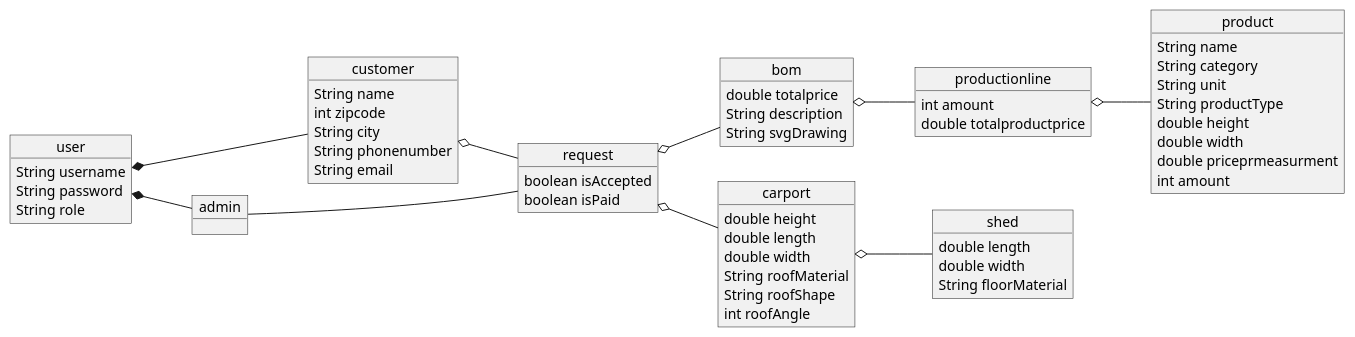
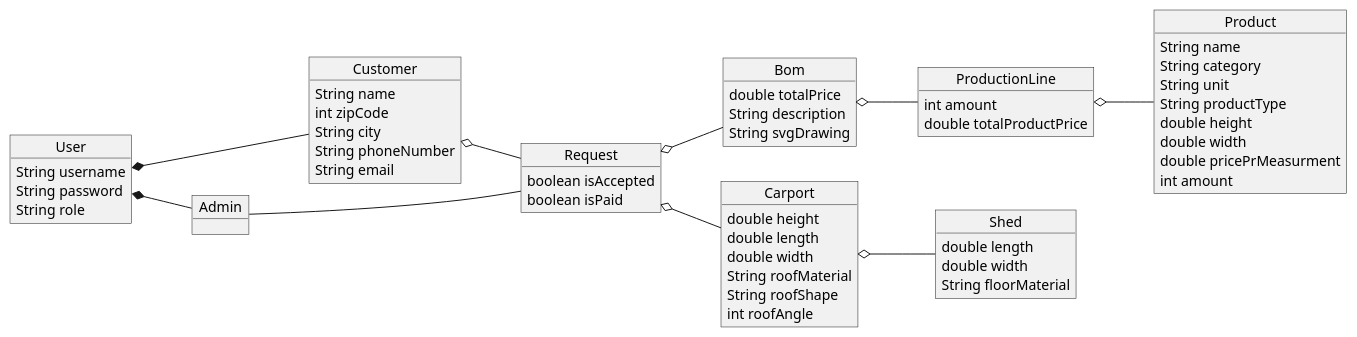
One commit to Sofiadoingcode/ProjektSemester changed the diagram in STARTCODEVERS1/src/main/resources/Domain.puml. Above: the diagram before and after it, drawn with PlantUML.

Commit message:
Refactor

```diff
--- a/STARTCODEVERS1/src/main/resources/Domain.puml
+++ b/STARTCODEVERS1/src/main/resources/Domain.puml
@@ -1,68 +1,68 @@
 @startuml
 'https://plantuml.com/class-diagram
 left to right direction
 
-object customer
-object admin
-object user
-object bom
-object product
-object request
-object carport
-object shed
-object productionline
+object Customer
+object Admin
+object User
+object Bom
+object Product
+object Request
+object Carport
+object Shed
+object ProductionLine
 
-user : String username
-user : String password
-user : String role
+User : String username
+User : String password
+User : String role
 
-customer : String name
-customer : int zipcode
-customer : String city
-customer : String phonenumber
-customer : String email
+Customer : String name
+Customer : int zipCode
+Customer : String city
+Customer : String phoneNumber
+Customer : String email
 
-request : boolean isAccepted
-request : boolean isPaid
+Request : boolean isAccepted
+Request : boolean isPaid
 
-carport : double height
-carport : double length
-carport : double width
-carport : String roofMaterial
-carport : String roofShape
-carport : int roofAngle
+Carport : double height
+Carport : double length
+Carport : double width
+Carport : String roofMaterial
+Carport : String roofShape
+Carport : int roofAngle
 
-shed : double length
-shed : double width
-shed : String floorMaterial
+Shed : double length
+Shed : double width
+Shed : String floorMaterial
 
-bom : double totalprice
-bom : String description
-bom : String svgDrawing
+Bom : double totalPrice
+Bom : String description
+Bom : String svgDrawing
 
-productionline : int amount
-productionline : double totalproductprice
+ProductionLine : int amount
+ProductionLine : double totalProductPrice
 
 
 
-product : String name
-product : String category
-product : String unit
-product : String productType
-product : double height
-product : double width
-product : double priceprmeasurment
-product : int amount
+Product : String name
+Product : String category
+Product : String unit
+Product : String productType
+Product : double height
+Product : double width
+Product : double pricePrMeasurment
+Product : int amount
 
 
-carport o-- shed
-user *-- admin
-user *-- customer
-request o-- bom
-bom o-- productionline
-productionline o-- product
-customer o-- request
-admin --- request
-request o-- carport
+Carport o-- Shed
+User *-- Admin
+User *-- Customer
+Request o-- Bom
+Bom o-- ProductionLine
+ProductionLine o-- Product
+Customer o-- Request
+Admin --- Request
+Request o-- Carport
 
 @enduml
```
